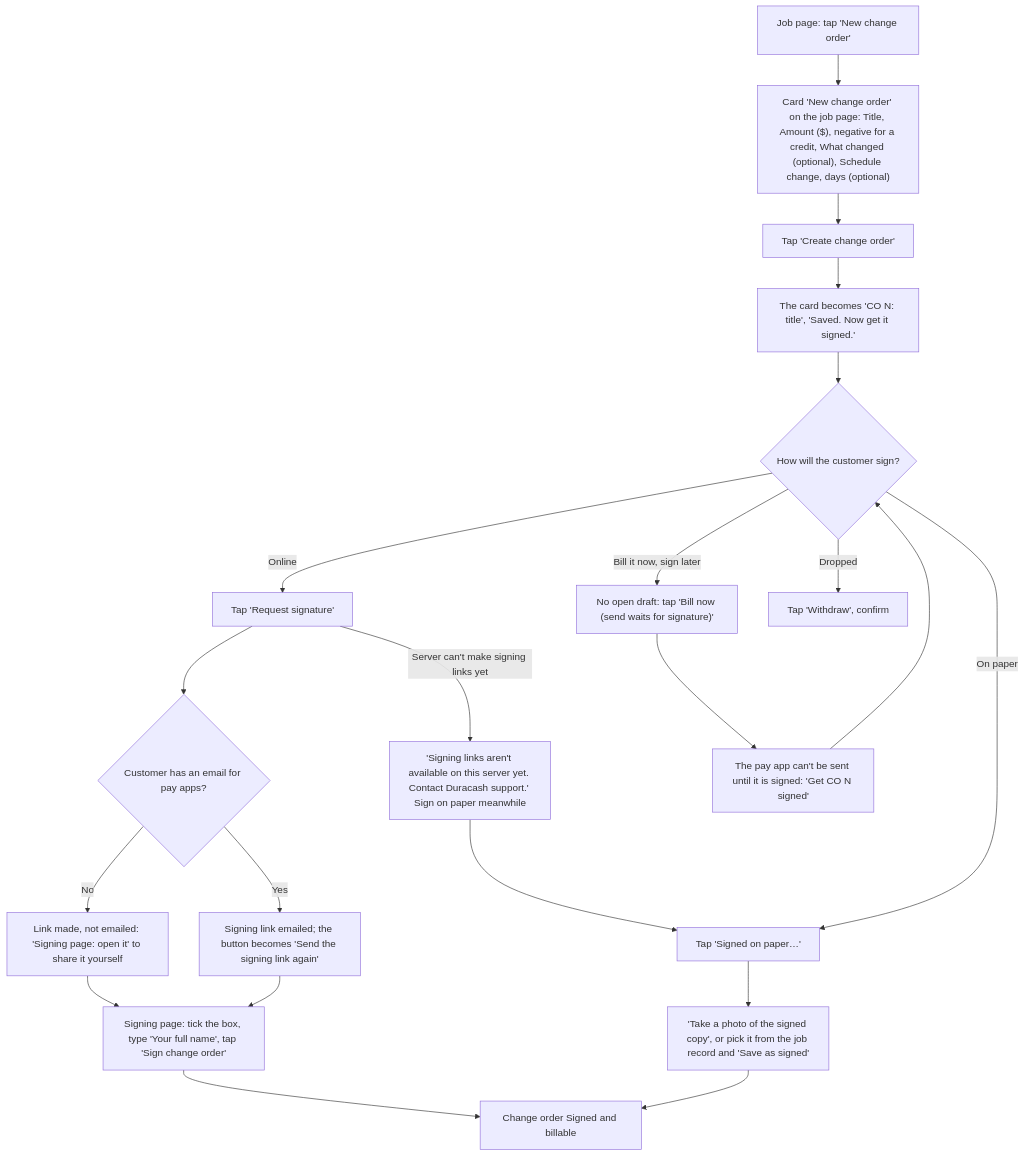
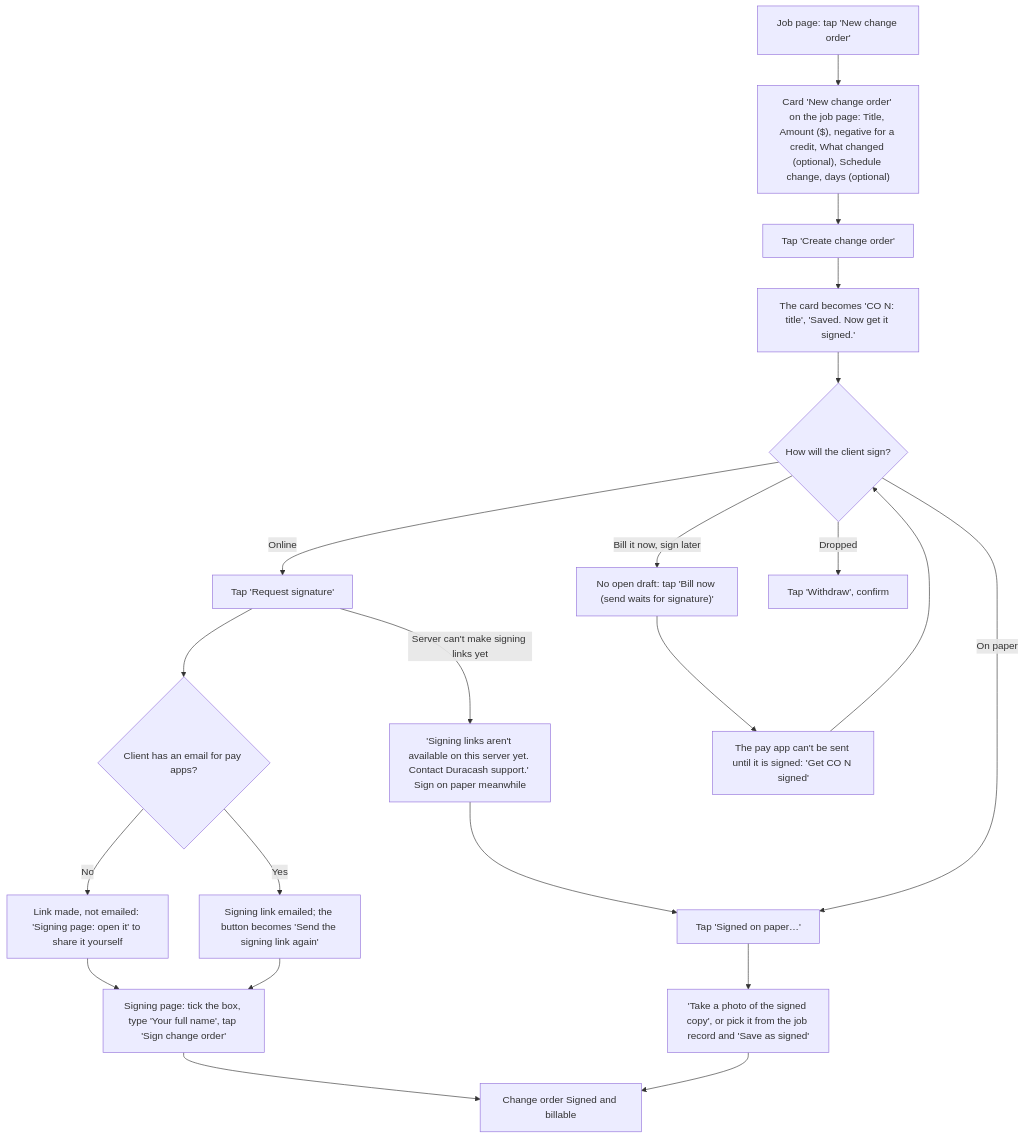
Before and after one commit to cartwrightstephen/billdable: the sixth of 15 diagrams in docs/client-flows.md, drawn with Mermaid. The commit also changed other lines of this file, not shown here.

First line of the commit message:
Flows doc: the seven sections, Client wording, and references to the split modules

````diff
--- a/docs/client-flows.md
+++ b/docs/client-flows.md
@@ -225,23 +229,23 @@
 ```mermaid
 flowchart TD
     A["Job page: tap 'New change order'"] --> B["Card 'New change order' on the job page: Title, Amount ($), negative for a credit, What changed (optional), Schedule change, days (optional)"]
     B --> D["Tap 'Create change order'"]
     D --> E["The card becomes 'CO N: title', 'Saved. Now get it signed.'"]
-    E --> F{"How will the customer sign?"}
+    E --> F{"How will the client sign?"}
     F -->|"Online"| G["Tap 'Request signature'"]
     G -->|"Server can't make signing links yet"| G2["'Signing links aren't available on this server yet. Contact Duracash support.' Sign on paper meanwhile"]
     G2 --> L
-    G --> H{"Customer has an email for pay apps?"}
+    G --> H{"Client has an email for pay apps?"}
     H -->|"Yes"| I["Signing link emailed; the button becomes 'Send the signing link again'"]
     H -->|"No"| J["Link made, not emailed: 'Signing page: open it' to share it yourself"]
     J --> K
     I --> K["Signing page: tick the box, type 'Your full name', tap 'Sign change order'"]
     F -->|"On paper"| L["Tap 'Signed on paper…'"]
     L --> M["'Take a photo of the signed copy', or pick it from the job record and 'Save as signed'"]
     F -->|"Bill it now, sign later"| N["No open draft: tap 'Bill now (send waits for signature)'"]
     N --> O["The pay app can't be sent until it is signed: 'Get CO N signed'"]
     O --> F
     F -->|"Dropped"| P["Tap 'Withdraw', confirm"]
     K --> Q["Change order Signed and billable"]
     M --> Q
 ```
````
